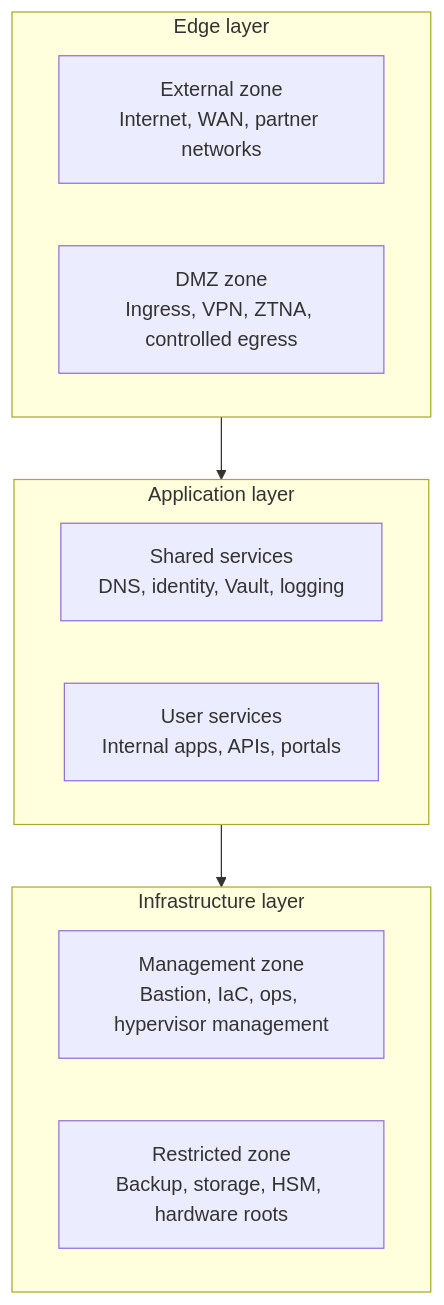
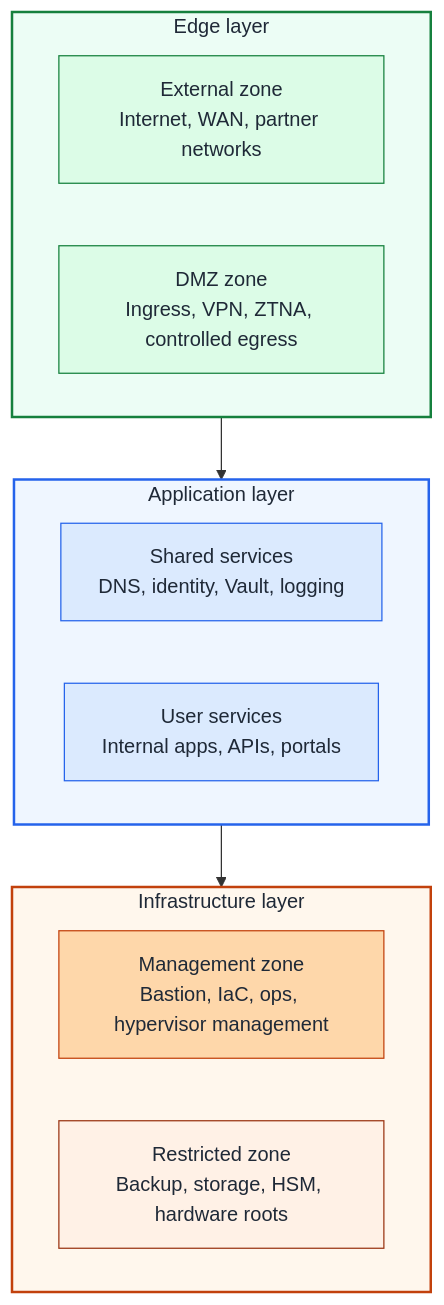
The first of 2 diagrams in docs/architecture/overview.md (Rexus/homelab), drawn with Mermaid before and after one commit. The commit also changed other lines of this file and 24 other files, not shown here.

Commit message:
docs: align network architecture and HSM lab IaC

````diff
--- a/docs/architecture/overview.md
+++ b/docs/architecture/overview.md
@@ -30,19 +31,33 @@
 ```mermaid
 flowchart TB
   subgraph Edge["Edge layer"]
     E1["External zone<br/>Internet, WAN, partner networks"]
     E2["DMZ zone<br/>Ingress, VPN, ZTNA, controlled egress"]
   end
 
   subgraph App["Application layer"]
     A1["Shared services<br/>DNS, identity, Vault, logging"]
     A2["User services<br/>Internal apps, APIs, portals"]
   end
 
   subgraph Infra["Infrastructure layer"]
     I1["Management zone<br/>Bastion, IaC, ops, hypervisor management"]
     I2["Restricted zone<br/>Backup, storage, HSM, hardware roots"]
   end
 
   Edge --> App --> Infra
+
+  style Edge fill:#ecfdf5,stroke:#15803d,stroke-width:2px,color:#1f2937
+  style App fill:#eff6ff,stroke:#2563eb,stroke-width:2px,color:#1f2937
+  style Infra fill:#fff7ed,stroke:#c2410c,stroke-width:2px,color:#1f2937
+
+  classDef edgeNode fill:#dcfce7,stroke:#15803d,color:#1f2937
+  classDef appNode fill:#dbeafe,stroke:#2563eb,color:#1f2937
+  classDef mgmtNode fill:#fed7aa,stroke:#c2410c,color:#1f2937
+  classDef restrictedNode fill:#fff1e6,stroke:#9a3412,color:#1f2937
+
+  class E1,E2 edgeNode
+  class A1,A2 appNode
+  class I1 mgmtNode
+  class I2 restrictedNode
 ```
````
